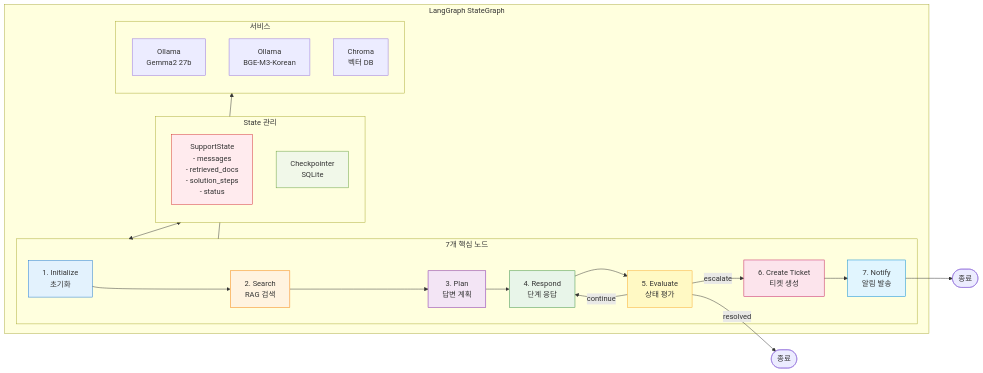
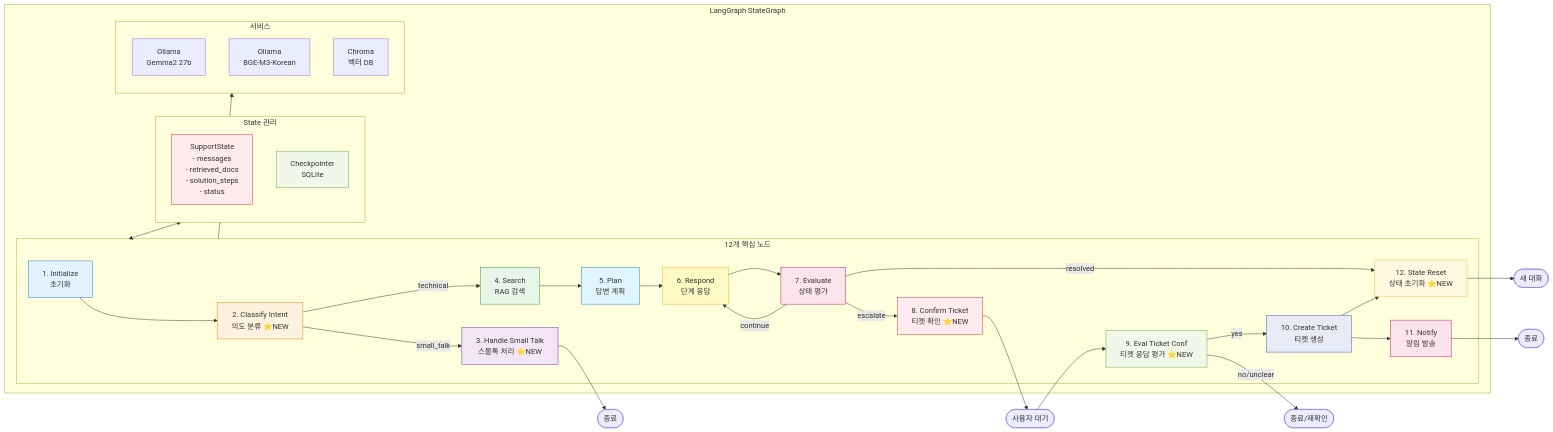
The second of 8 diagrams in user-scenario-workflow.md (laurus-kpa007/agent-customer-support-chatbot), drawn with Mermaid before and after one commit. The commit also changed other lines of this file and 1 other file, not shown here.

First line of the commit message:
Update README and user-scenario-workflow with new nodes

````diff
--- a/user-scenario-workflow.md
+++ b/user-scenario-workflow.md
@@ -215,48 +240,67 @@
 ```mermaid
 graph LR
     subgraph LangGraph["LangGraph StateGraph"]
-        subgraph Nodes["7개 핵심 노드"]
+        subgraph Nodes["12개 핵심 노드"]
             N1[1. Initialize<br/>초기화]
-            N2[2. Search<br/>RAG 검색]
-            N3[3. Plan<br/>답변 계획]
-            N4[4. Respond<br/>단계 응답]
-            N5[5. Evaluate<br/>상태 평가]
-            N6[6. Create Ticket<br/>티켓 생성]
-            N7[7. Notify<br/>알림 발송]
+            N2[2. Classify Intent<br/>의도 분류 ⭐NEW]
+            N3[3. Handle Small Talk<br/>스몰톡 처리 ⭐NEW]
+            N4[4. Search<br/>RAG 검색]
+            N5[5. Plan<br/>답변 계획]
+            N6[6. Respond<br/>단계 응답]
+            N7[7. Evaluate<br/>상태 평가]
+            N8[8. Confirm Ticket<br/>티켓 확인 ⭐NEW]
+            N9[9. Eval Ticket Conf<br/>티켓 응답 평가 ⭐NEW]
+            N10[10. Create Ticket<br/>티켓 생성]
+            N11[11. Notify<br/>알림 발송]
+            N12[12. State Reset<br/>상태 초기화 ⭐NEW]
         end
 
         subgraph State["State 관리"]
             S1[SupportState<br/>- messages<br/>- retrieved_docs<br/>- solution_steps<br/>- status]
             S2[Checkpointer<br/>SQLite]
         end
 
         subgraph Services["서비스"]
             SV1[Ollama<br/>Gemma2 27b]
             SV2[Ollama<br/>BGE-M3-Korean]
             SV3[Chroma<br/>벡터 DB]
         end
     end
 
     N1 --> N2
-    N2 --> N3
-    N3 --> N4
+    N2 -->|small_talk| N3
+    N2 -->|technical| N4
+    N3 --> END1([종료])
     N4 --> N5
-    N5 -->|continue| N4
-    N5 -->|resolved| END1([종료])
-    N5 -->|escalate| N6
+    N5 --> N6
     N6 --> N7
-    N7 --> END2([종료])
+    N7 -->|continue| N6
+    N7 -->|resolved| N12
+    N7 -->|escalate| N8
+    N8 --> END2([사용자 대기])
+    END2 --> N9
+    N9 -->|yes| N10
+    N9 -->|no/unclear| END3([종료/재확인])
+    N10 --> N11
+    N10 --> N12
+    N11 --> END4([종료])
+    N12 --> END5([새 대화])
 
     Nodes <--> State
     Nodes --> Services
 
     style N1 fill:#E3F2FD,stroke:#1976D2
     style N2 fill:#FFF3E0,stroke:#F57C00
     style N3 fill:#F3E5F5,stroke:#7B1FA2
     style N4 fill:#E8F5E9,stroke:#388E3C
-    style N5 fill:#FFF9C4,stroke:#F9A825
-    style N6 fill:#FCE4EC,stroke:#C2185B
-    style N7 fill:#E1F5FE,stroke:#0288D1
+    style N5 fill:#E1F5FE,stroke:#0288D1
+    style N6 fill:#FFF9C4,stroke:#F9A825
+    style N7 fill:#FCE4EC,stroke:#C2185B
+    style N8 fill:#FFEBEE,stroke:#D32F2F
+    style N9 fill:#F1F8E9,stroke:#689F38
+    style N10 fill:#E8EAF6,stroke:#3F51B5
+    style N11 fill:#FCE4EC,stroke:#C2185B
+    style N12 fill:#FFF8E1,stroke:#FBC02D
     style S1 fill:#FFEBEE,stroke:#D32F2F
     style S2 fill:#F1F8E9,stroke:#689F38
 ```
````
